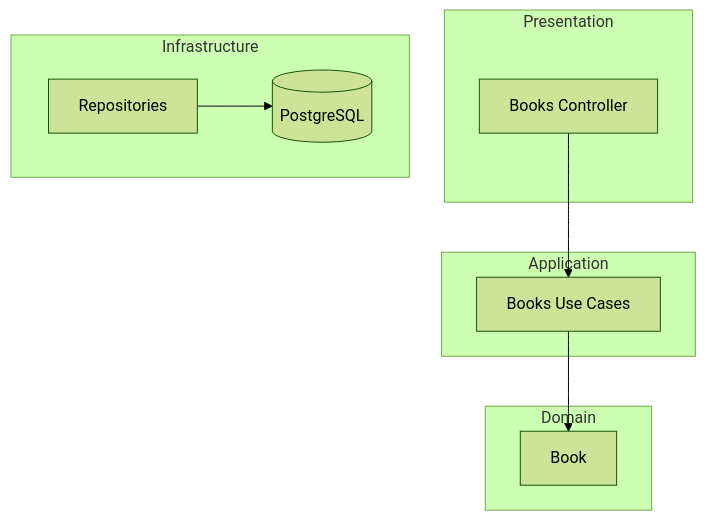
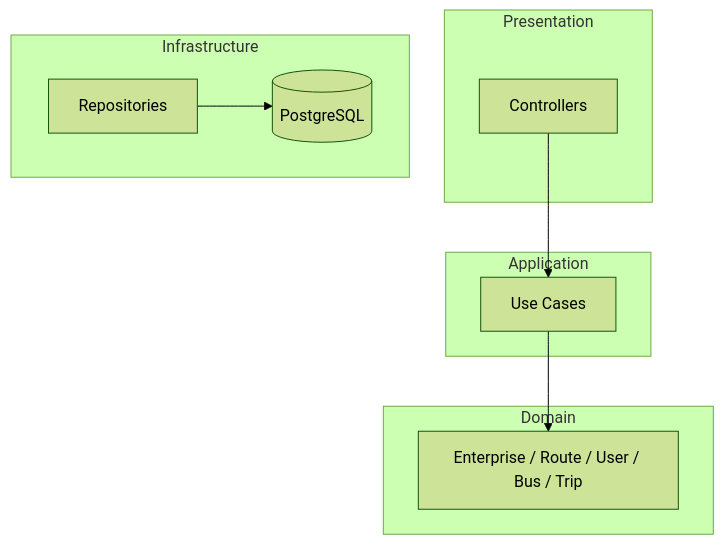
One commit to Agustin-Perezz/bus-system changed the diagram in docs/00_INDEX.md. Above: the diagram before and after it, drawn with Mermaid (forest theme). The commit also changed other lines of this file and 4 other files, not shown here.

````diff
--- a/docs/00_INDEX.md
+++ b/docs/00_INDEX.md
@@ -20,23 +20,23 @@
 ```mermaid
 graph TB
     subgraph Presentation
-        C_B[Books Controller]
+        C[Controllers]
     end
 
     subgraph Application
-        UC_B[Books Use Cases]
+        UC[Use Cases]
     end
 
     subgraph Domain
-        E_B[Book]
+        E[Enterprise / Route / User / Bus / Trip]
     end
 
     subgraph Infrastructure
         DB[(PostgreSQL)]
         REP[Repositories]
     end
 
-    C_B --> UC_B
-    UC_B --> E_B
+    C --> UC
+    UC --> E
     REP --> DB
 ```
````
